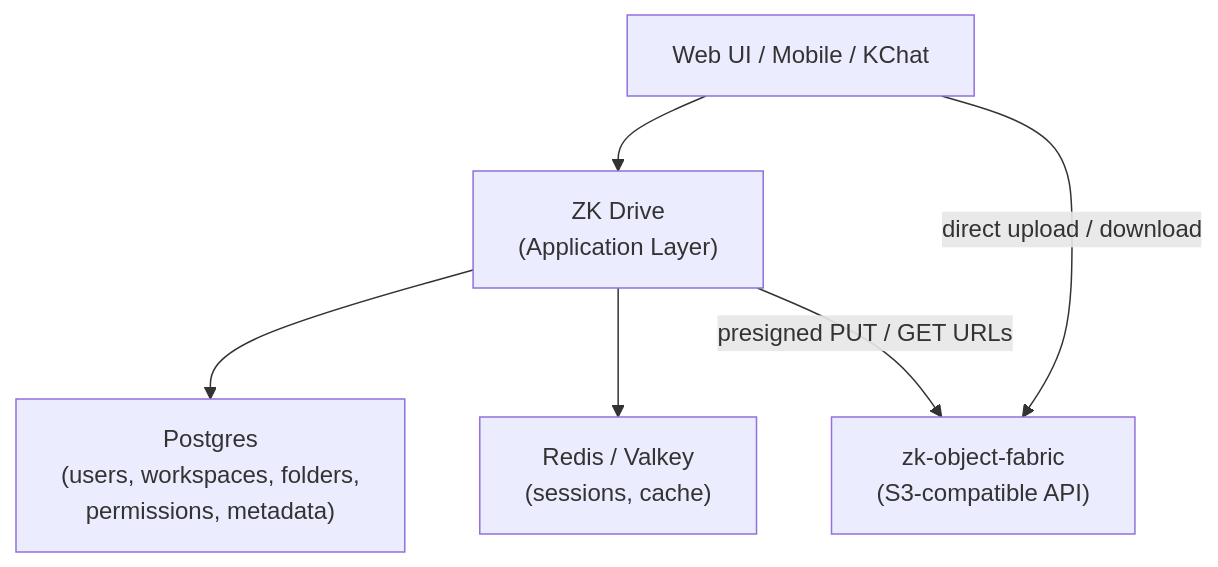
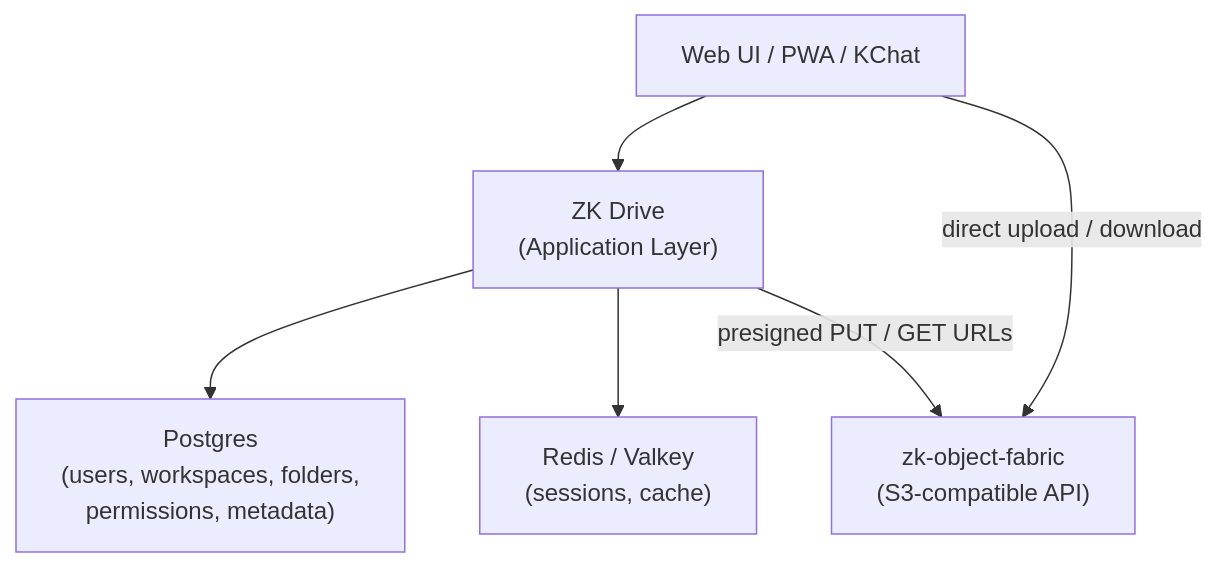
The diagram in README.md (kennguy3n/zk-drive), drawn with Mermaid before and after one commit. The commit also changed other lines of this file and 105 other files, not shown here.

````diff
--- a/README.md
+++ b/README.md
@@ -113,14 +115,14 @@
 ```mermaid
 flowchart TD
-    Clients["Web UI / Mobile / KChat"]
+    Clients["Web UI / PWA / KChat"]
     Drive["ZK Drive<br/>(Application Layer)"]
     PG["Postgres<br/>(users, workspaces, folders,<br/>permissions, metadata)"]
     Redis["Redis / Valkey<br/>(sessions, cache)"]
     Fabric["zk-object-fabric<br/>(S3-compatible API)"]
 
     Clients --> Drive
     Drive --> PG
     Drive --> Redis
     Drive -->|"presigned PUT / GET URLs"| Fabric
     Clients -->|"direct upload / download"| Fabric
 ```
````
